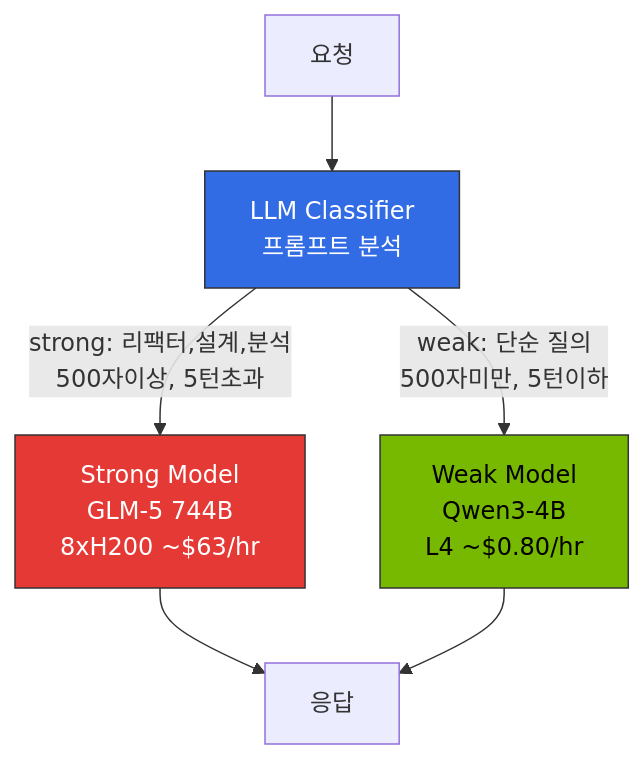
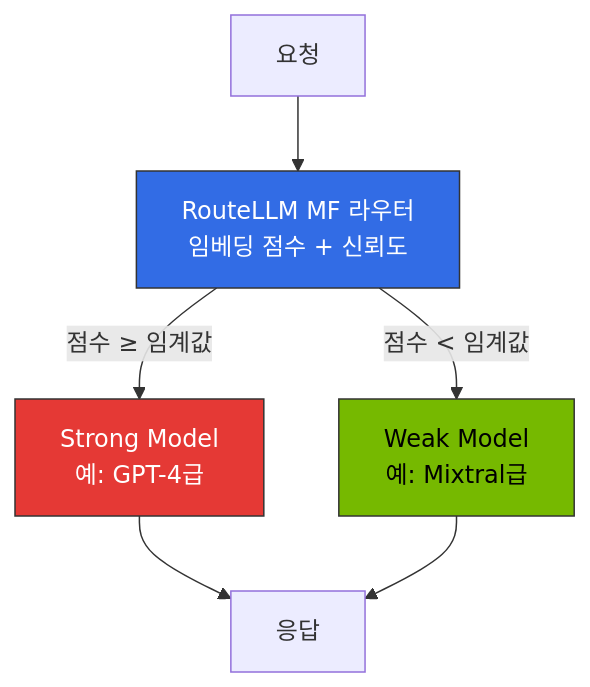
One commit to devfloor9/engineering-playbook changed the third of 3 diagrams in i18n/ko/docusaurus-plugin-content-docs/current/agentic-ai-platform/model-serving/inference-routing/request-cascading.md. Above: the diagram before and after it, drawn with Mermaid. The commit also changed other lines of this file and 37 other files, not shown here.

````diff
--- a/i18n/ko/docusaurus-plugin-content-docs/current/agentic-ai-platform/model-serving/inference-routing/request-cascading.md
+++ b/i18n/ko/docusaurus-plugin-content-docs/current/agentic-ai-platform/model-serving/inference-routing/request-cascading.md
@@ -268,12 +300,12 @@
 ```mermaid
 graph TD
-    Req[요청] --> Router[LLM Classifier<br/>프롬프트 분석]
-    Router -->|strong: 리팩터,설계,분석<br/>500자이상, 5턴초과| LLM[Strong Model<br/>GLM-5 744B<br/>8xH200 ~$63/hr]
-    Router -->|weak: 단순 질의<br/>500자미만, 5턴이하| SLM[Weak Model<br/>Qwen3-4B<br/>L4 ~$0.80/hr]
+    Req[요청] --> MF[RouteLLM MF 라우터<br/>임베딩 점수 + 신뢰도]
+    MF -->|점수 ≥ 임계값| LLM[Strong Model<br/>예: GPT-4급]
+    MF -->|점수 < 임계값| SLM[Weak Model<br/>예: Mixtral급]
     LLM --> Resp[응답]
     SLM --> Resp
 
-    style Router fill:#326ce5,stroke:#333,color:#fff
+    style MF fill:#326ce5,stroke:#333,color:#fff
     style LLM fill:#e53935,stroke:#333,color:#fff
     style SLM fill:#76b900,stroke:#333,color:#000
 ```
````
